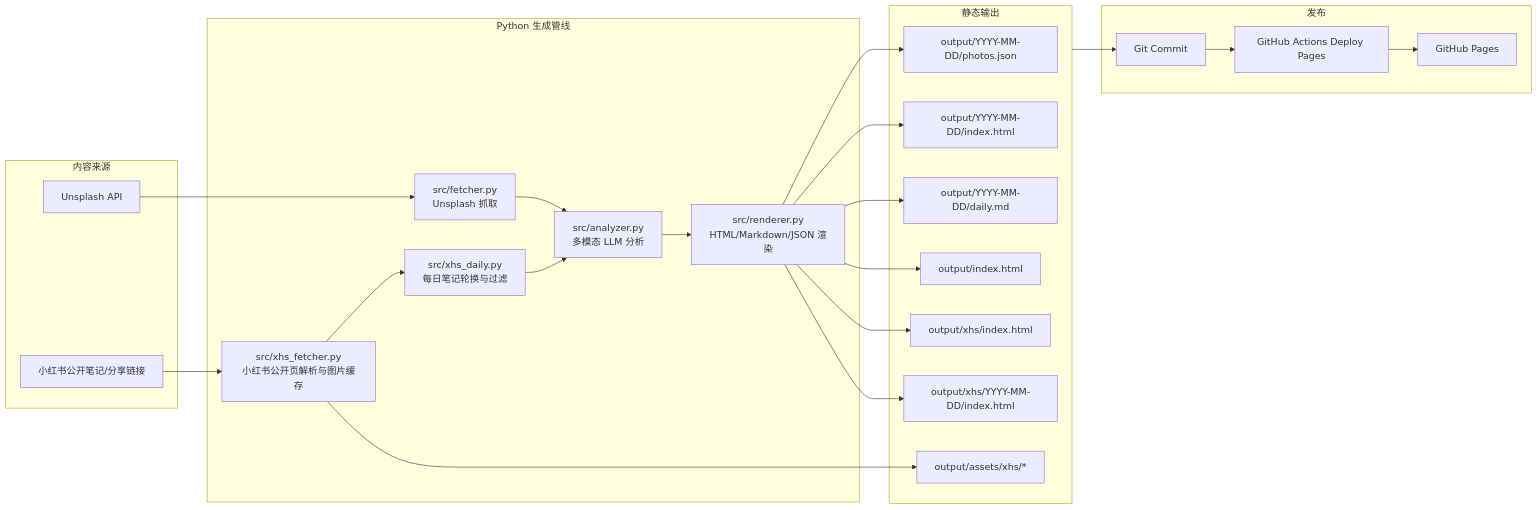
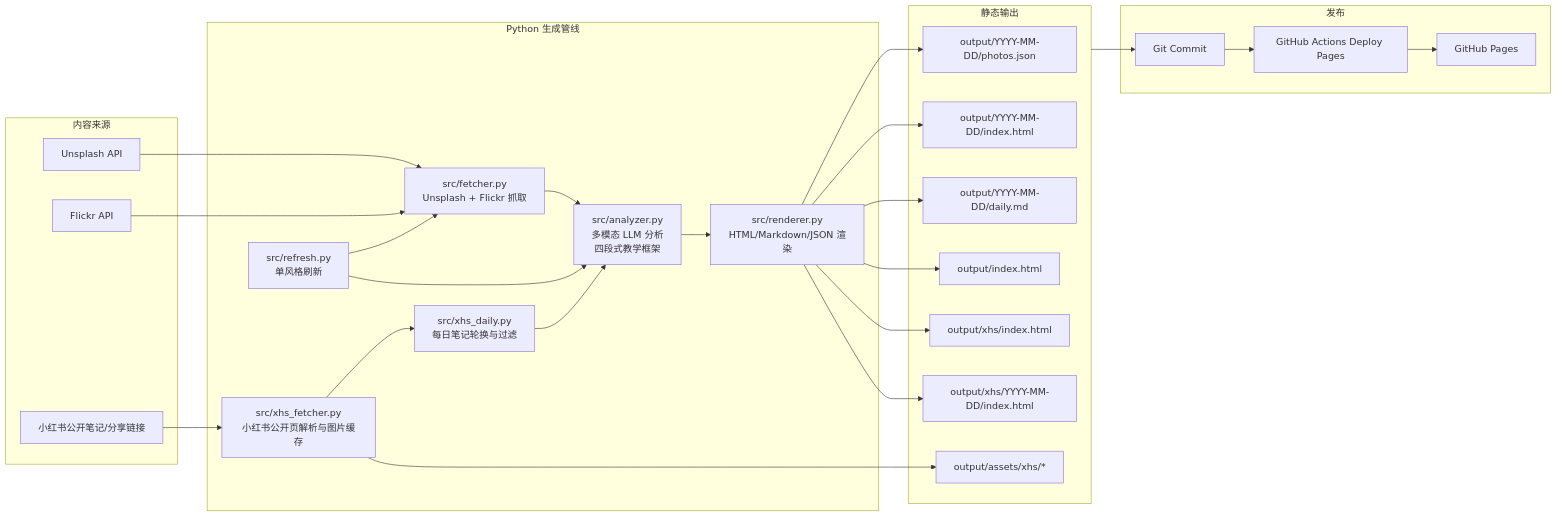
The second of 9 diagrams in docs/PRD.md (krisaruz/daily-photo-coach), drawn with Mermaid before and after one commit. The commit also changed other lines of this file and 2 other files, not shown here.

First line of the commit message:
fix(global): fallback empty LLM_MODEL to azure/gpt-5.5 to prevent 403 error on CI

````diff
--- a/docs/PRD.md
+++ b/docs/PRD.md
@@ -146,46 +217,51 @@
 ```mermaid
 flowchart LR
     subgraph Sources[内容来源]
         U[Unsplash API]
+        FL[Flickr API]
         X[小红书公开笔记/分享链接]
     end
 
     subgraph Pipeline[Python 生成管线]
-        F[src/fetcher.py<br/>Unsplash 抓取]
+        F[src/fetcher.py<br/>Unsplash + Flickr 抓取]
         XF[src/xhs_fetcher.py<br/>小红书公开页解析与图片缓存]
         D[src/xhs_daily.py<br/>每日笔记轮换与过滤]
-        A[src/analyzer.py<br/>多模态 LLM 分析]
+        RF[src/refresh.py<br/>单风格刷新]
+        A[src/analyzer.py<br/>多模态 LLM 分析<br/>四段式教学框架]
         R[src/renderer.py<br/>HTML/Markdown/JSON 渲染]
     end
 
     subgraph Output[静态输出]
         O1[output/YYYY-MM-DD/photos.json]
         O2[output/YYYY-MM-DD/index.html]
         O3[output/YYYY-MM-DD/daily.md]
         O4[output/index.html]
         O5[output/xhs/index.html]
         O6[output/xhs/YYYY-MM-DD/index.html]
         O7[output/assets/xhs/*]
     end
 
     subgraph Publish[发布]
         G[Git Commit]
         P[GitHub Actions Deploy Pages]
         S[GitHub Pages]
     end
 
     U --> F
+    FL --> F
     X --> XF
     XF --> D
     F --> A
+    RF --> F
+    RF --> A
     D --> A
     A --> R
     R --> O1
     R --> O2
     R --> O3
     R --> O4
     R --> O5
     R --> O6
     XF --> O7
     Output --> G --> P --> S
 ```
````
